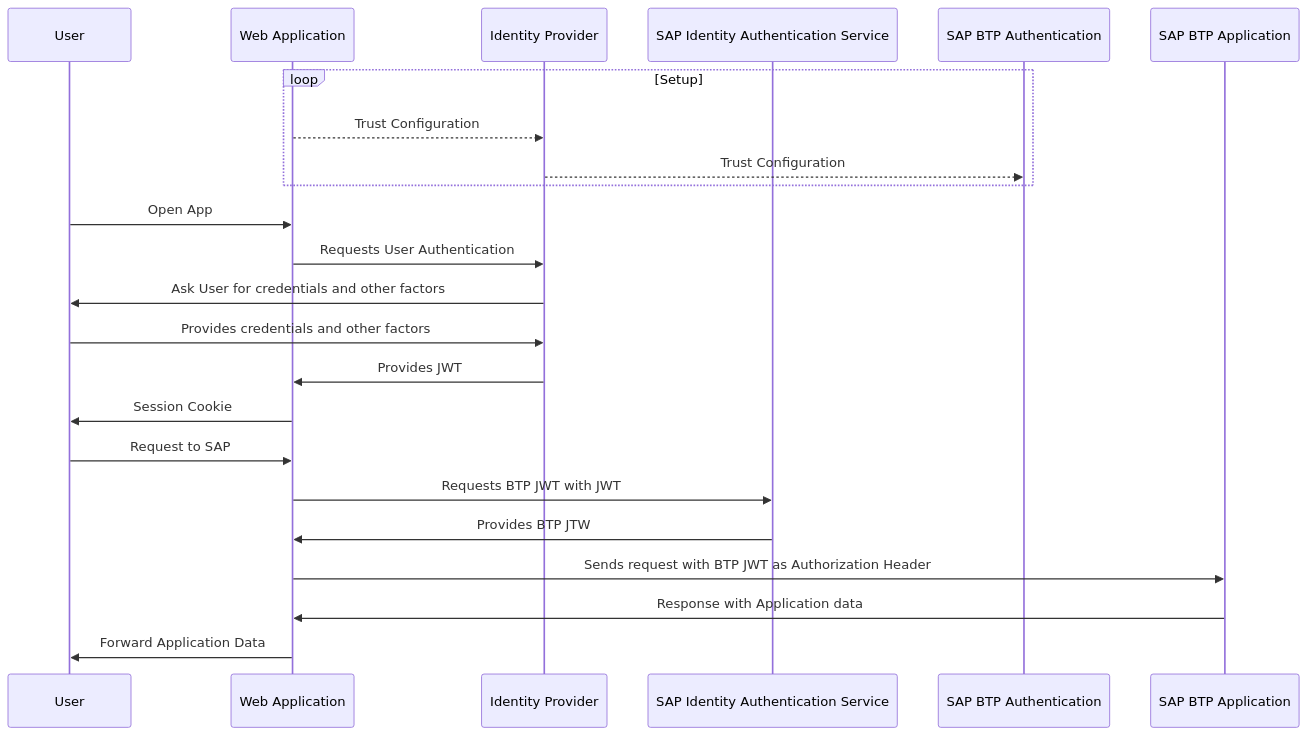
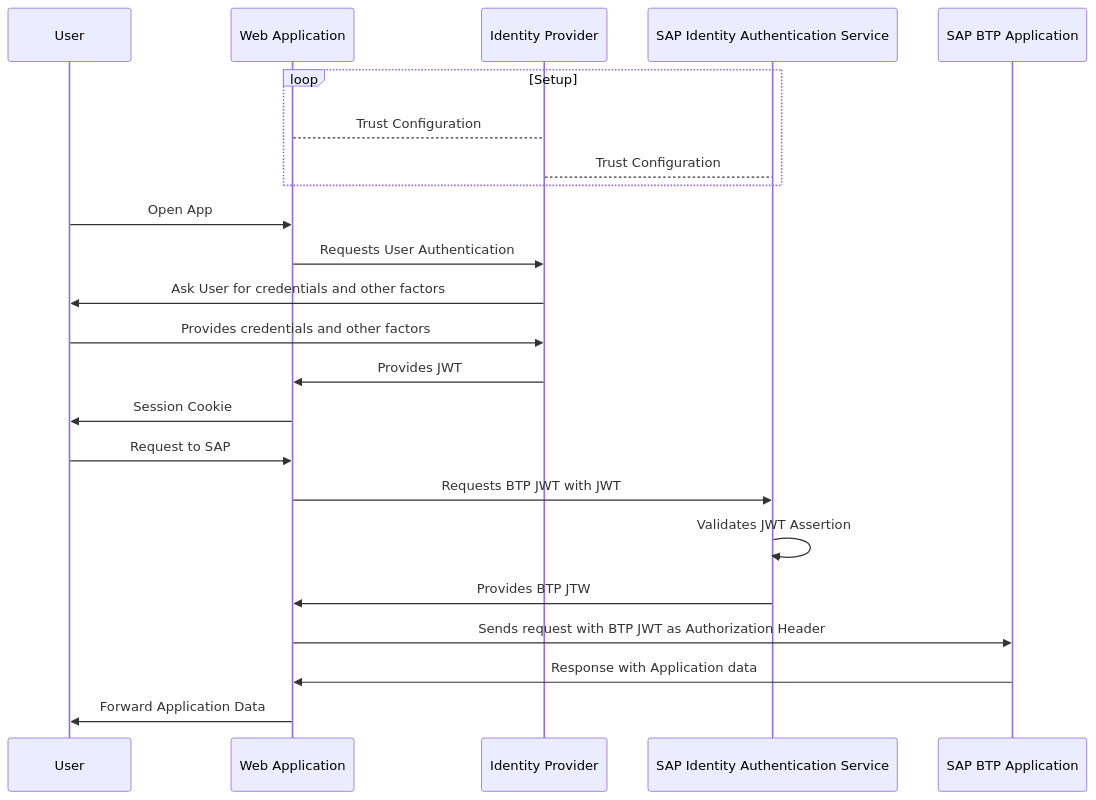
One commit to gregorwolf/cap-azure-ad-b2c changed the second of 3 diagrams in test/entra-id-saml-bearer.md. Above: the diagram before and after it, drawn with Mermaid. The commit also changed other lines of this file, not shown here.

Commit message:
add JWT validation

````diff
--- a/test/entra-id-saml-bearer.md
+++ b/test/entra-id-saml-bearer.md
@@ -37,27 +37,27 @@
 ```mermaid
 sequenceDiagram
 %% participants
 participant User as User
 participant WebApp as Web Application
 participant IdP as Identity Provider
 participant SAPIAS as SAP Identity Authentication Service
-participant XSUAA as SAP BTP Authentication
 participant BTPApp as SAP BTP Application
 %% arrows
 loop Setup
-WebApp-->>IdP: Trust Configuration
-IdP-->>XSUAA: Trust Configuration
+WebApp-->IdP: Trust Configuration
+IdP-->SAPIAS: Trust Configuration
 end
 User->>WebApp: Open App
 WebApp->>IdP: Requests User Authentication
 IdP->>User: Ask User for credentials and other factors
 User->>IdP: Provides credentials and other factors
 IdP->>WebApp: Provides JWT
 WebApp->>User: Session Cookie
 User->>WebApp: Request to SAP
 WebApp->>SAPIAS: Requests BTP JWT with JWT
+SAPIAS->>SAPIAS: Validates JWT Assertion
 SAPIAS->>WebApp: Provides BTP JTW
 WebApp->>BTPApp: Sends request with BTP JWT as Authorization Header
 BTPApp->>WebApp: Response with Application data
 WebApp->>User: Forward Application Data
 ```
````
